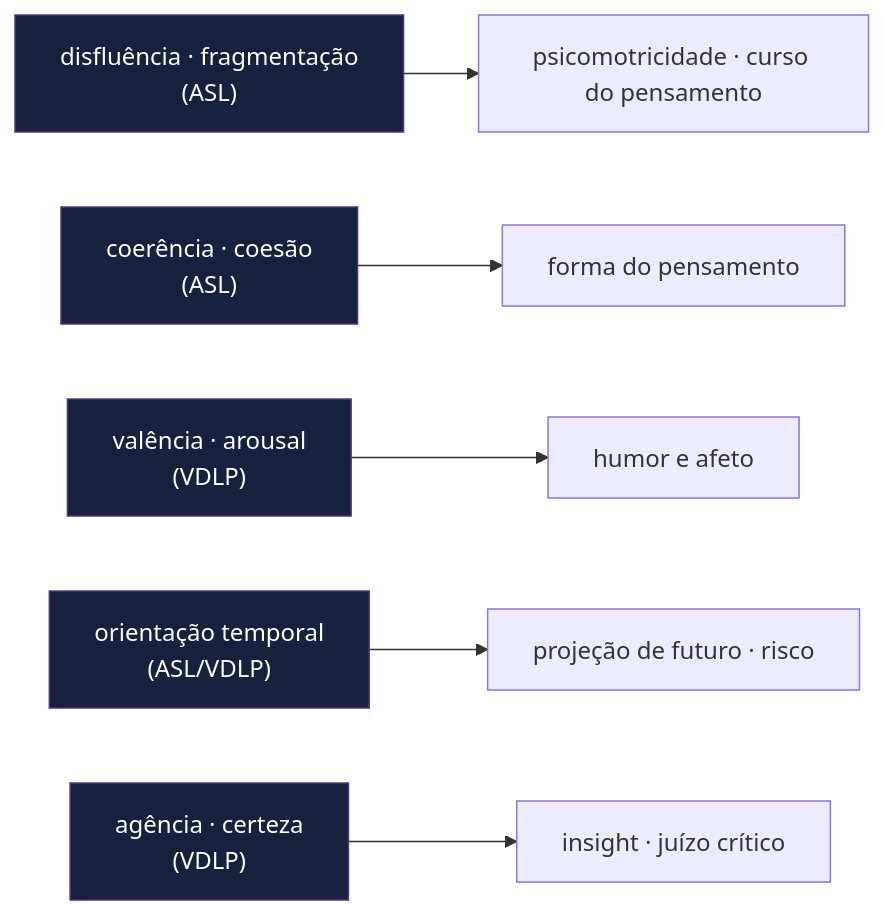
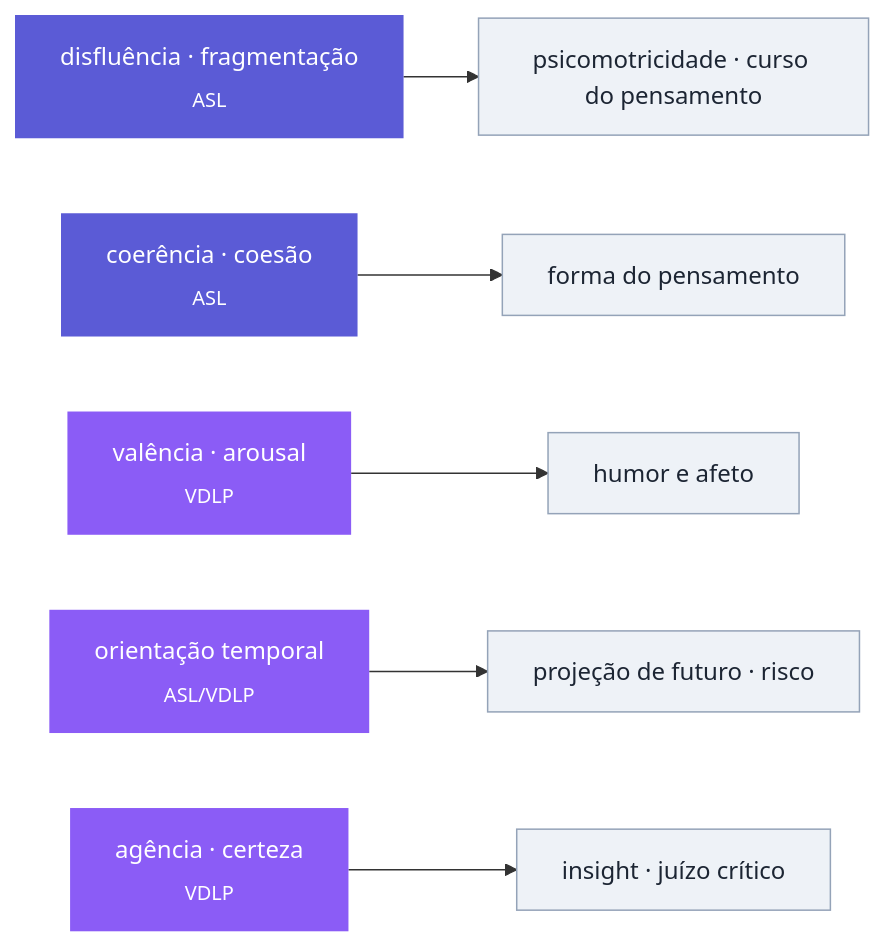
The sixth of 13 diagrams in README.md (myselfgus/m), drawn with Mermaid before and after one commit. The commit also changed other lines of this file, not shown here.

First line of the commit message:
docs(readme): re-tematiza mermaids no design system + assistente, perfil, elevação

````diff
--- a/README.md
+++ b/README.md
@@ -207,10 +230,12 @@
 ```mermaid
+%%{init: {'theme':'base','themeVariables':{'fontFamily':'-apple-system,BlinkMacSystemFont,"SF Pro Text","Helvetica Neue",Arial,sans-serif','fontSize':'14px','primaryColor':'#EEF2F7','primaryTextColor':'#1C2533','lineColor':'#64748B'}}}%%
 flowchart LR
-    M1["disfluência · fragmentação<br/>(ASL)"] --> O1["psicomotricidade · curso do pensamento"]
-    M2["coerência · coesão<br/>(ASL)"] --> O2["forma do pensamento"]
-    M3["valência · arousal<br/>(VDLP)"] --> O3["humor e afeto"]
-    M4["orientação temporal<br/>(ASL/VDLP)"] --> O4["projeção de futuro · risco"]
-    M5["agência · certeza<br/>(VDLP)"] --> O5["insight · juízo crítico"]
-    classDef m fill:#16213e,color:#fff,stroke:#533483
-    class M1,M2,M3,M4,M5 m
+    M1["disfluência · fragmentação<br/><sub>ASL</sub>"]:::asl --> O1["psicomotricidade · curso do pensamento"]:::eem
+    M2["coerência · coesão<br/><sub>ASL</sub>"]:::asl --> O2["forma do pensamento"]:::eem
+    M3["valência · arousal<br/><sub>VDLP</sub>"]:::vdlp --> O3["humor e afeto"]:::eem
+    M4["orientação temporal<br/><sub>ASL/VDLP</sub>"]:::vdlp --> O4["projeção de futuro · risco"]:::eem
+    M5["agência · certeza<br/><sub>VDLP</sub>"]:::vdlp --> O5["insight · juízo crítico"]:::eem
+    classDef asl fill:#5B5BD6,color:#fff,stroke:none
+    classDef vdlp fill:#8B5CF6,color:#fff,stroke:none
+    classDef eem fill:#EEF2F7,color:#1C2533,stroke:#94A3B8
 ```
````
